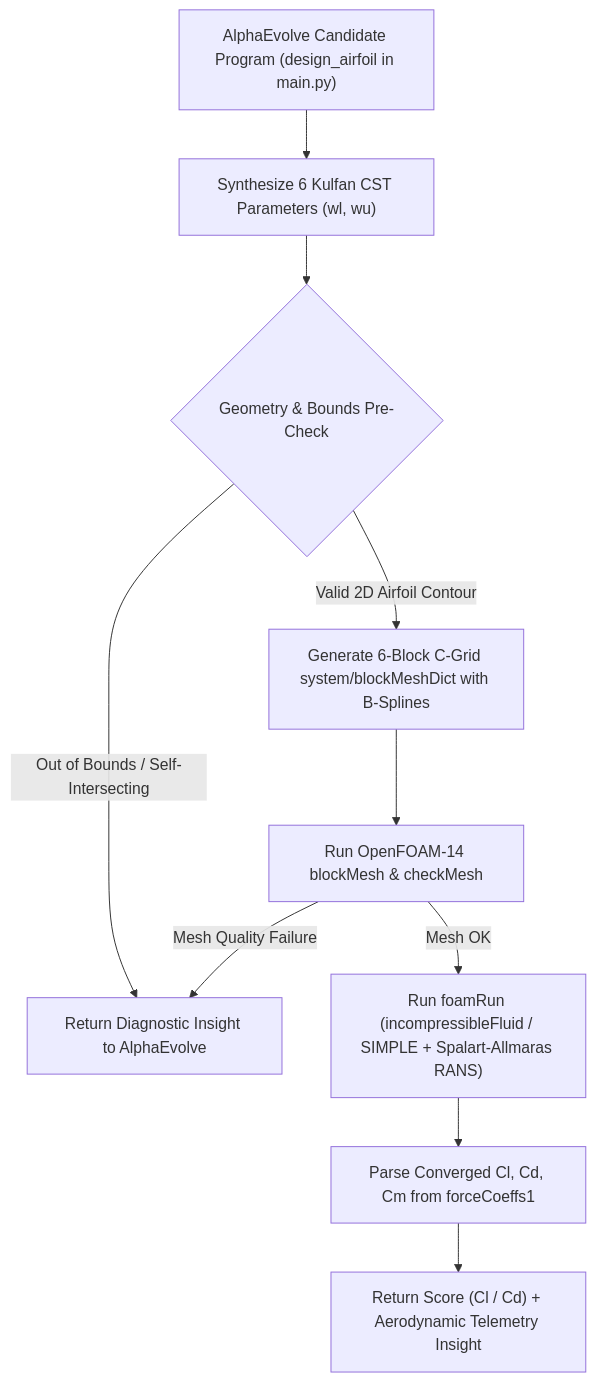
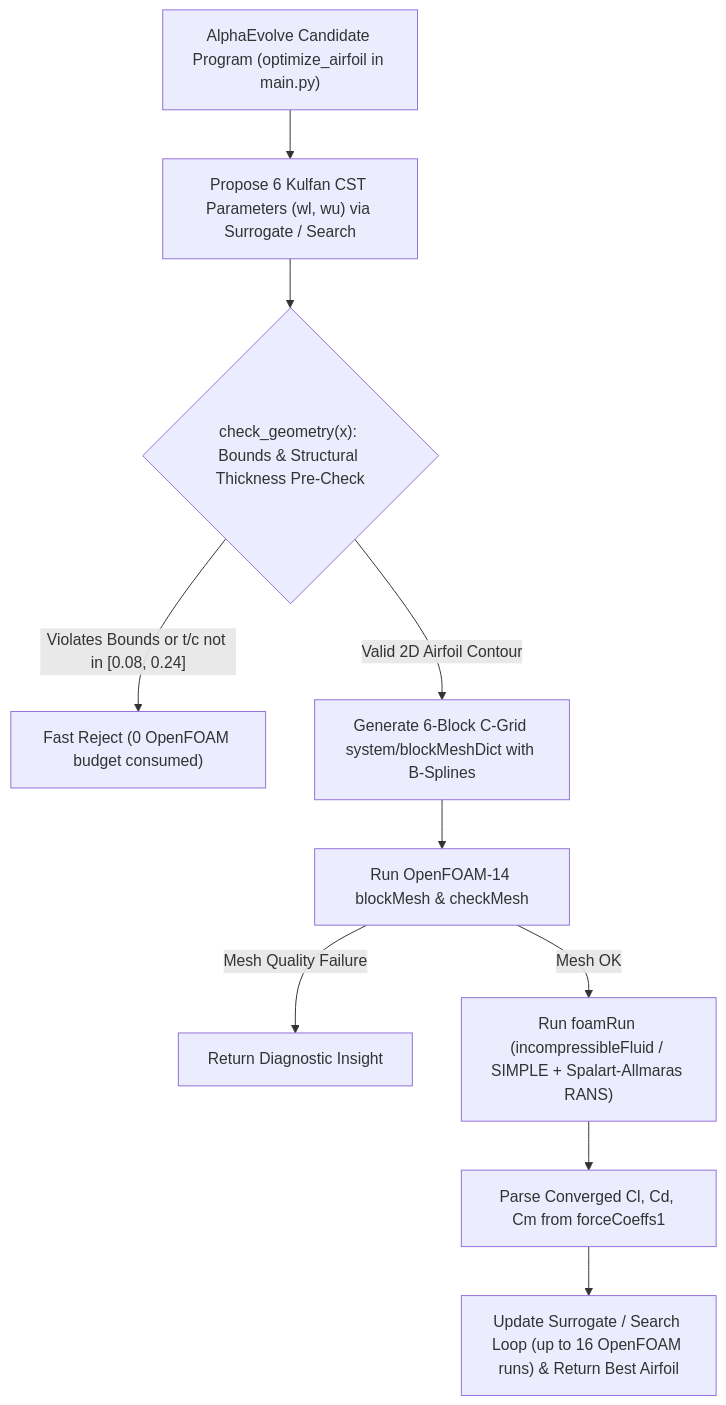
One commit to WyattGorman/scientific-computing-examples changed the diagram in alphaevolve-hpc/user_examples/airfoil_openfoam/README.md. Above: the diagram before and after it, drawn with Mermaid. The commit also changed other lines of this file and 5 other files, not shown here.

Commit message:
Update airfoil_openfoam bounds, check_geometry, and inner batch optimization

````diff
--- a/alphaevolve-hpc/user_examples/airfoil_openfoam/README.md
+++ b/alphaevolve-hpc/user_examples/airfoil_openfoam/README.md
@@ -11,12 +11,12 @@
 ```mermaid
 flowchart TD
-    A["AlphaEvolve Candidate Program (design_airfoil in main.py)"] --> B["Synthesize 6 Kulfan CST Parameters (wl, wu)"]
-    B --> C{"Geometry & Bounds Pre-Check"}
-    C -- "Out of Bounds / Self-Intersecting" --> D["Return Diagnostic Insight to AlphaEvolve"]
+    A["AlphaEvolve Candidate Program (optimize_airfoil in main.py)"] --> B["Propose 6 Kulfan CST Parameters (wl, wu) via Surrogate / Search"]
+    B --> C{"check_geometry(x): Bounds & Structural Thickness Pre-Check"}
+    C -- "Violates Bounds or t/c not in [0.08, 0.24]" --> D["Fast Reject (0 OpenFOAM budget consumed)"]
     C -- "Valid 2D Airfoil Contour" --> E["Generate 6-Block C-Grid system/blockMeshDict with B-Splines"]
     E --> F["Run OpenFOAM-14 blockMesh & checkMesh"]
-    F -- "Mesh Quality Failure" --> D
-    F -- "Mesh OK" --> G["Run foamRun (incompressibleFluid / SIMPLE + Spalart-Allmaras RANS)"]
-    G --> H["Parse Converged Cl, Cd, Cm from forceCoeffs1"]
-    H --> I["Return Score (Cl / Cd) + Aerodynamic Telemetry Insight"]
+    F -- "Mesh Quality Failure" --> G["Return Diagnostic Insight"]
+    F -- "Mesh OK" --> H["Run foamRun (incompressibleFluid / SIMPLE + Spalart-Allmaras RANS)"]
+    H --> I["Parse Converged Cl, Cd, Cm from forceCoeffs1"]
+    I --> J["Update Surrogate / Search Loop (up to 16 OpenFOAM runs) & Return Best Airfoil"]
 ```
````
